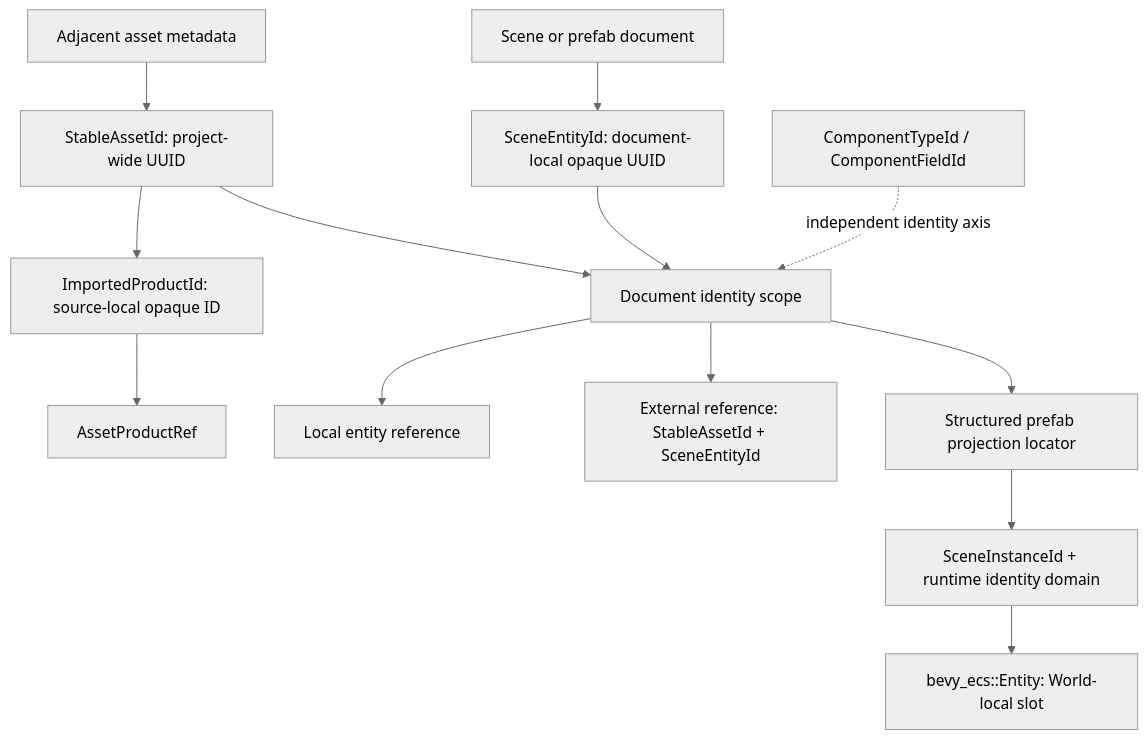
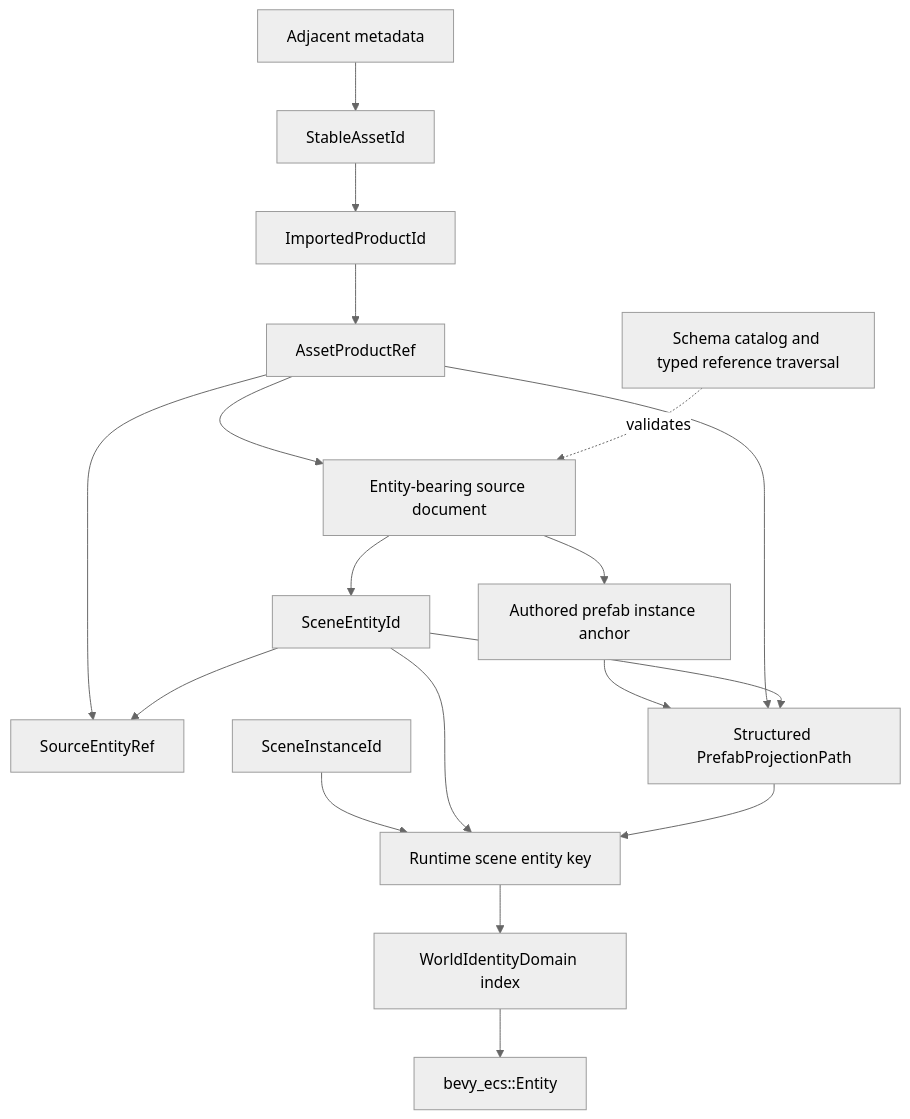
Before and after one commit to Latias94/nara: the diagram in docs/architecture/adr/0083-durable-project-asset-and-document-entity-identity.md, drawn with Mermaid (neutral theme). The commit also changed other lines of this file and 63 other files, not shown here.

First line of the commit message:
docs(architecture): refine product module boundaries

````diff
--- a/docs/architecture/adr/0083-durable-project-asset-and-document-entity-identity.md
+++ b/docs/architecture/adr/0083-durable-project-asset-and-document-entity-identity.md
@@ -40,15 +51,20 @@
 ```mermaid
 flowchart TD
-    Meta[Adjacent asset metadata] --> AssetId[StableAssetId: project-wide UUID]
-    AssetId --> ProductId[ImportedProductId: source-local opaque ID]
-    ProductId --> ProductRef[AssetProductRef]
-    Source[Scene or prefab document] --> EntityId[SceneEntityId: document-local opaque UUID]
-    AssetId --> Document[Document identity scope]
-    EntityId --> Document
-    Document --> LocalRef[Local entity reference]
-    Document --> ExternalRef[External reference: StableAssetId + SceneEntityId]
-    Document --> Projection[Structured prefab projection locator]
-    Projection --> Runtime[SceneInstanceId + runtime identity domain]
-    Runtime --> Entity[bevy_ecs::Entity: World-local slot]
-    Schema[ComponentTypeId / ComponentFieldId] -. independent identity axis .-> Document
+    Meta[Adjacent metadata] --> Asset[StableAssetId]
+    Asset --> Product[ImportedProductId]
+    Product --> ProductRef[AssetProductRef]
+    ProductRef --> Document[Entity-bearing source document]
+    Document --> SourceEntity[SceneEntityId]
+    ProductRef --> SourceRef[SourceEntityRef]
+    SourceEntity --> SourceRef
+    Document --> Anchor[Authored prefab instance anchor]
+    Anchor --> Projection[Structured PrefabProjectionPath]
+    ProductRef --> Projection
+    SourceEntity --> Projection
+    Instance[SceneInstanceId] --> RuntimeKey[Runtime scene entity key]
+    SourceEntity --> RuntimeKey
+    Projection --> RuntimeKey
+    RuntimeKey --> Index[WorldIdentityDomain index]
+    Index --> Entity[bevy_ecs::Entity]
+    Schema[Schema catalog and typed reference traversal] -. validates .-> Document
 ```
````
